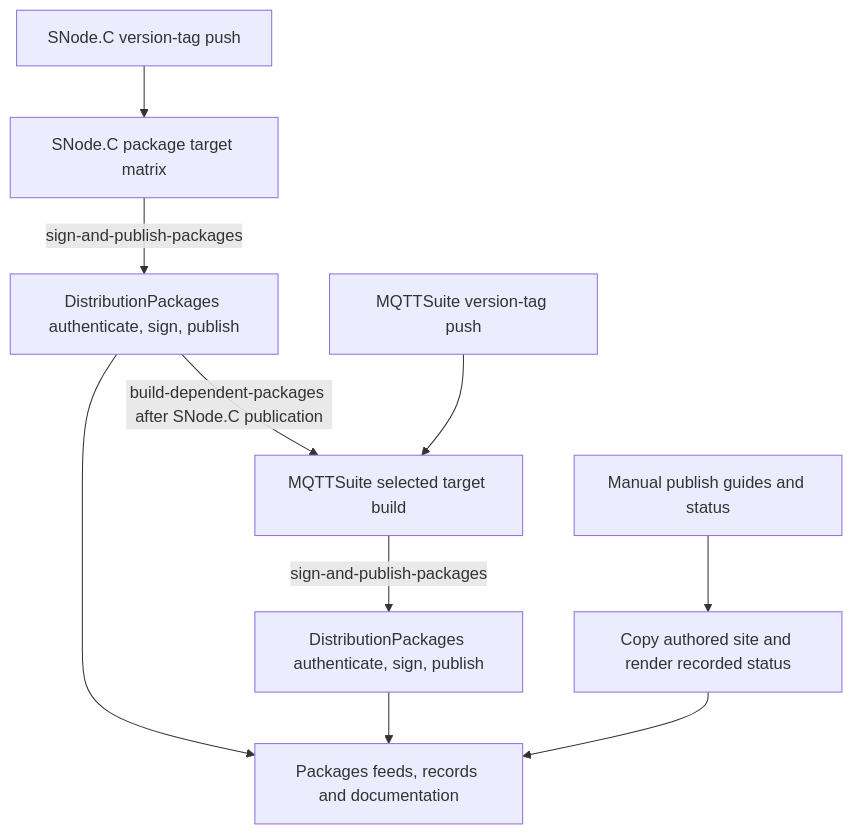
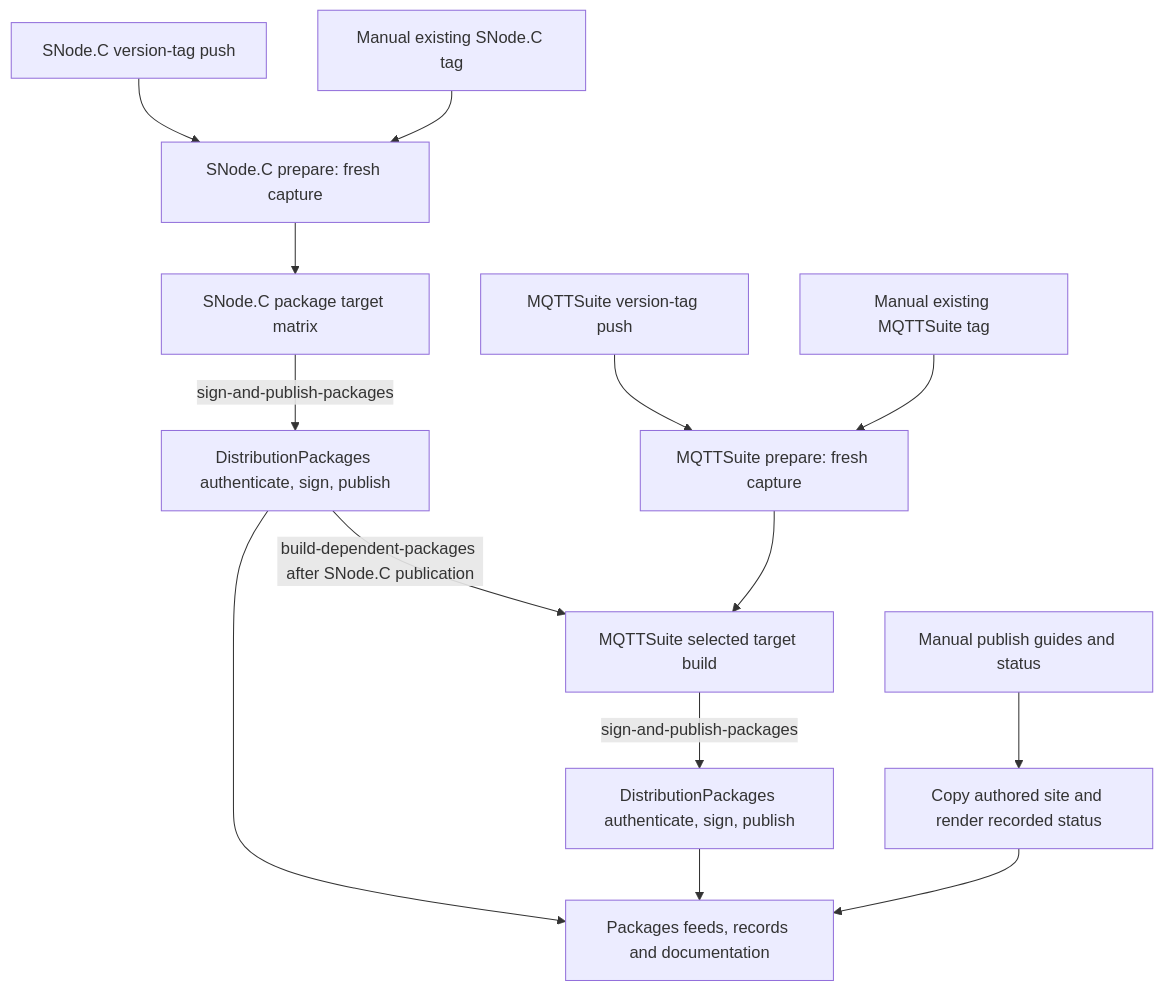
Before and after one commit to SNodeC/.github: the third of 6 diagrams in docs/workflow-graph.md, drawn with Mermaid. The commit also changed other lines of this file and 1 other file, not shown here.

Commit message:
docs: describe manual package fresh starts and capture recovery

````diff
--- a/docs/workflow-graph.md
+++ b/docs/workflow-graph.md
@@ -78,12 +78,16 @@
 ```mermaid
 flowchart TD
-    STag[SNode.C version-tag push] --> SBuild[SNode.C package target matrix]
+    STag[SNode.C version-tag push] --> SCapture[SNode.C prepare: fresh capture]
+    SManual[Manual existing SNode.C tag] --> SCapture
+    SCapture --> SBuild[SNode.C package target matrix]
     SBuild -->|sign-and-publish-packages| SPub[DistributionPackages authenticate, sign, publish]
     SPub --> Packages[Packages feeds, records and documentation]
     SPub -->|build-dependent-packages after SNode.C publication| MBuild[MQTTSuite selected target build]
-    MTag[MQTTSuite version-tag push] --> MBuild
+    MTag[MQTTSuite version-tag push] --> MCapture[MQTTSuite prepare: fresh capture]
+    MManual[Manual existing MQTTSuite tag] --> MCapture
+    MCapture --> MBuild
     MBuild -->|sign-and-publish-packages| MPub[DistributionPackages authenticate, sign, publish]
     MPub --> Packages
     Manual[Manual publish guides and status] --> Render[Copy authored site and render recorded status]
     Render --> Packages
 ```
````
